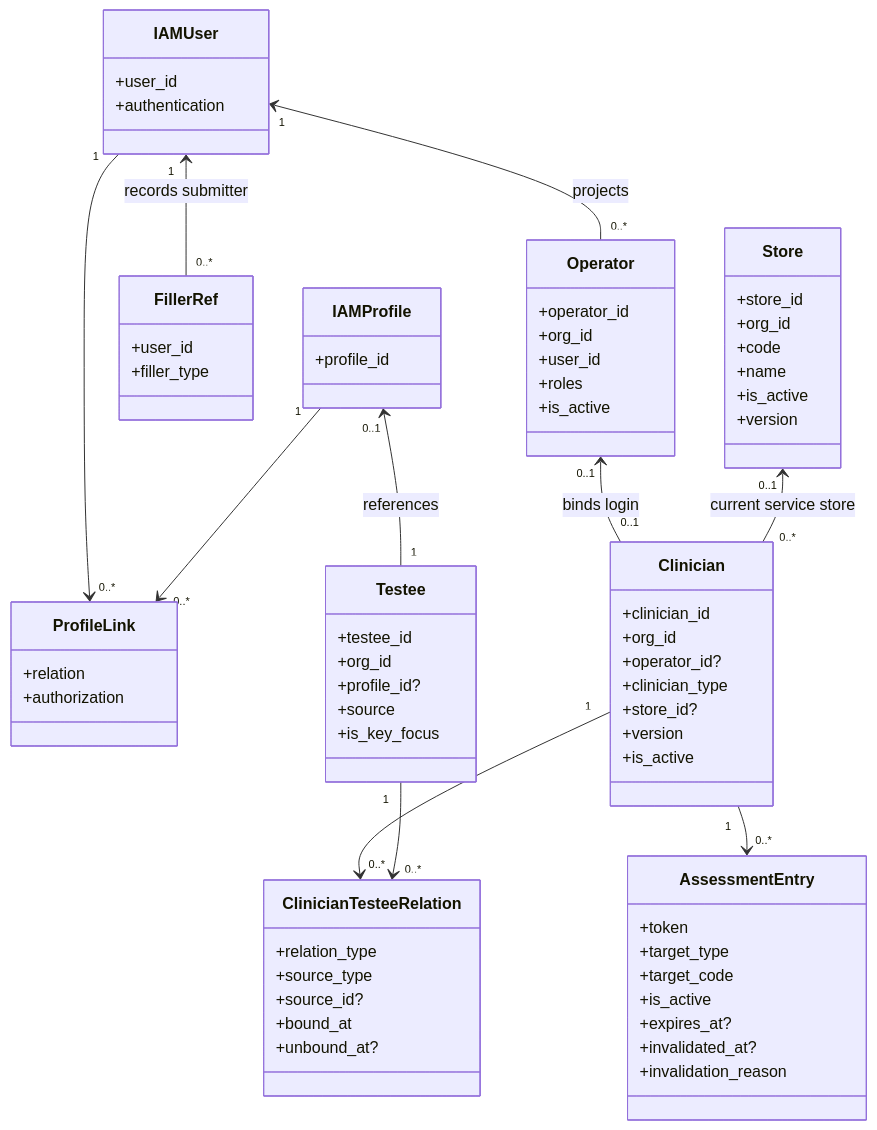
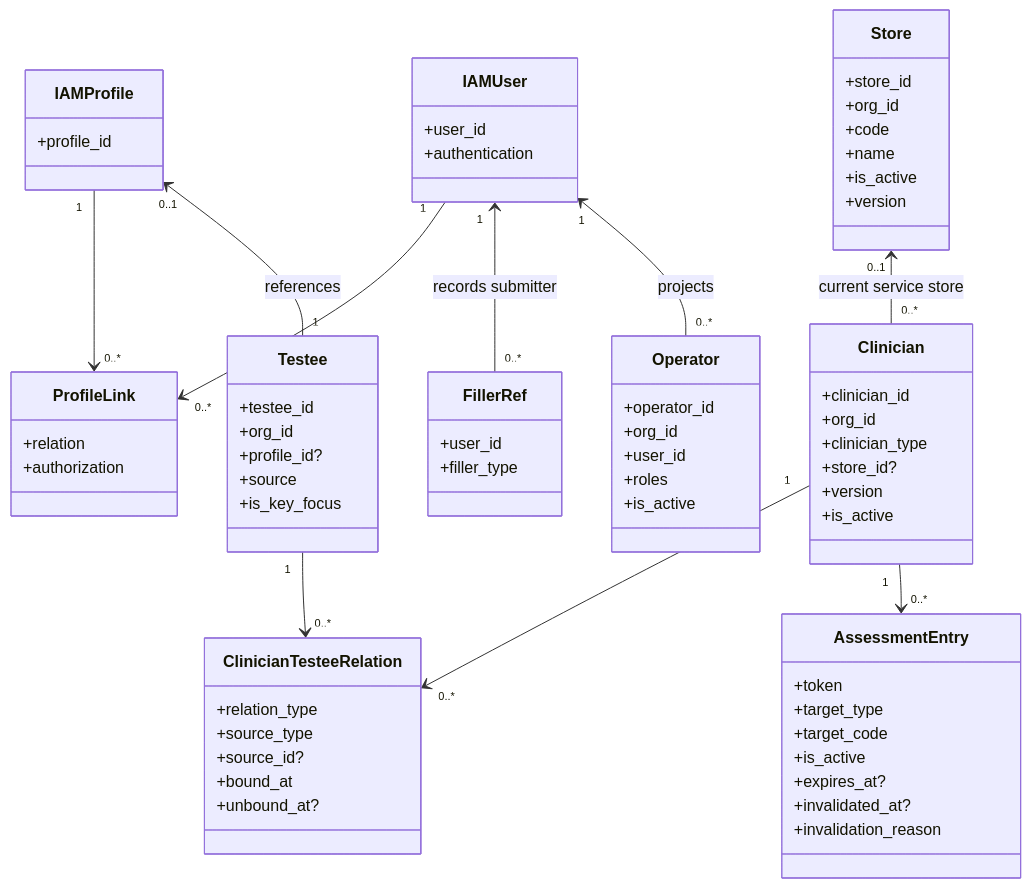
The diagram in docs/02-业务模块/50-actor/10-领域模型.md (FangcunMount/qs-server), drawn with Mermaid before and after one commit. The commit also changed other lines of this file and 107 other files, not shown here.

````diff
--- a/docs/02-业务模块/50-actor/10-领域模型.md
+++ b/docs/02-业务模块/50-actor/10-领域模型.md
@@ -19,76 +19,74 @@
 ```mermaid
 classDiagram
     class IAMUser {
       +user_id
       +authentication
     }
     class IAMProfile {
       +profile_id
     }
     class ProfileLink {
       +relation
       +authorization
     }
     class Testee {
       +testee_id
       +org_id
       +profile_id?
       +source
       +is_key_focus
     }
     class FillerRef {
       +user_id
       +filler_type
     }
     class Operator {
       +operator_id
       +org_id
       +user_id
       +roles
       +is_active
     }
     class Store {
       +store_id
       +org_id
       +code
       +name
       +is_active
       +version
     }
     class Clinician {
       +clinician_id
       +org_id
-      +operator_id?
       +clinician_type
       +store_id?
       +version
       +is_active
     }
     class ClinicianTesteeRelation {
       +relation_type
       +source_type
       +source_id?
       +bound_at
       +unbound_at?
     }
     class AssessmentEntry {
       +token
       +target_type
       +target_code
       +is_active
       +expires_at?
       +invalidated_at?
       +invalidation_reason
     }
 
     IAMUser "1" --> "0..*" ProfileLink
     IAMProfile "1" --> "0..*" ProfileLink
     IAMProfile "0..1" <-- "1" Testee : references
     IAMUser "1" <-- "0..*" FillerRef : records submitter
     IAMUser "1" <-- "0..*" Operator : projects
-    Operator "0..1" <-- "0..1" Clinician : binds login
     Clinician "1" --> "0..*" ClinicianTesteeRelation
     Testee "1" --> "0..*" ClinicianTesteeRelation
     Store "0..1" <-- "0..*" Clinician : current service store
     Clinician "1" --> "0..*" AssessmentEntry
 ```
````
